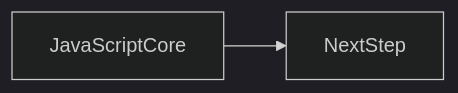
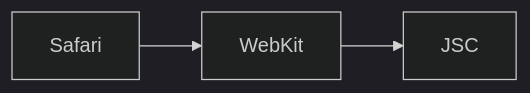
The second of 2 diagrams in docs/en/03-browser/javascriptcore/index.md (OmidJavaherii/Frontend-Engineering-Handbook), drawn with Mermaid (dark theme) before and after one commit. The commit also changed other lines of this file and 461 other files, not shown here.

````diff
--- a/docs/en/03-browser/javascriptcore/index.md
+++ b/docs/en/03-browser/javascriptcore/index.md
@@ -95,4 +107,5 @@
 ```mermaid
 flowchart LR
-  concept[JavaScriptCore] --> nextStep[NextStep]
+  Safari --> WebKit
+  WebKit --> JSC
 ```
````
